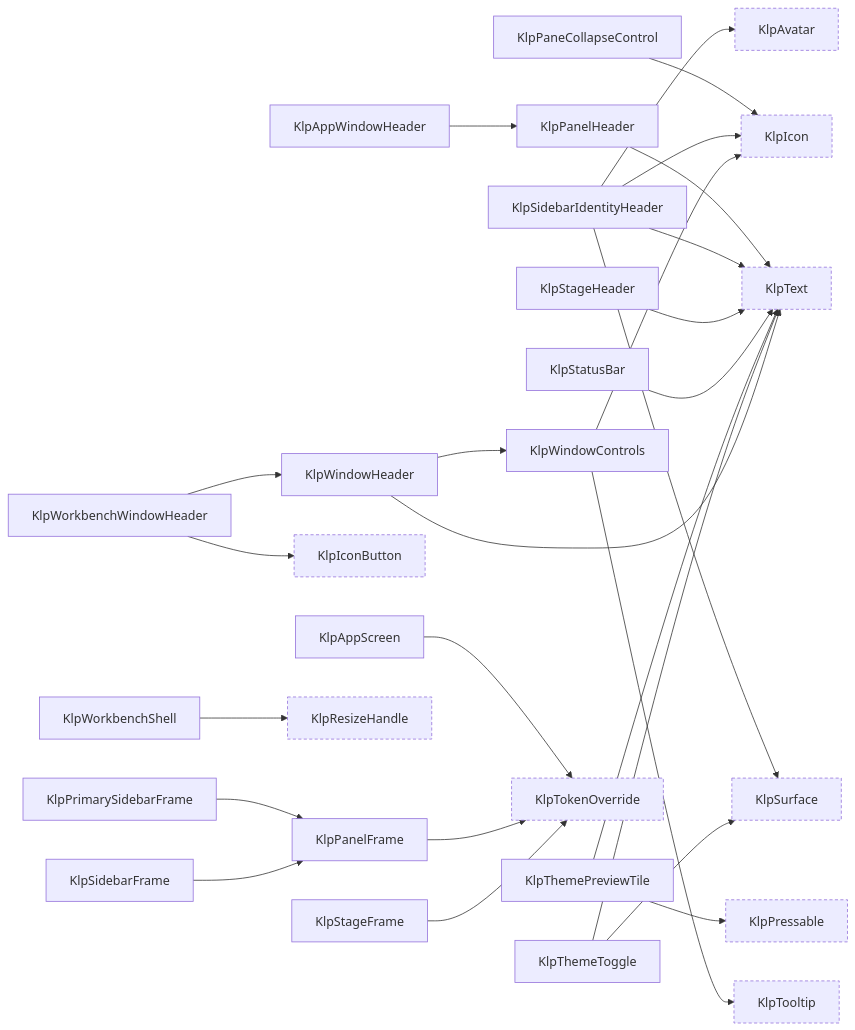
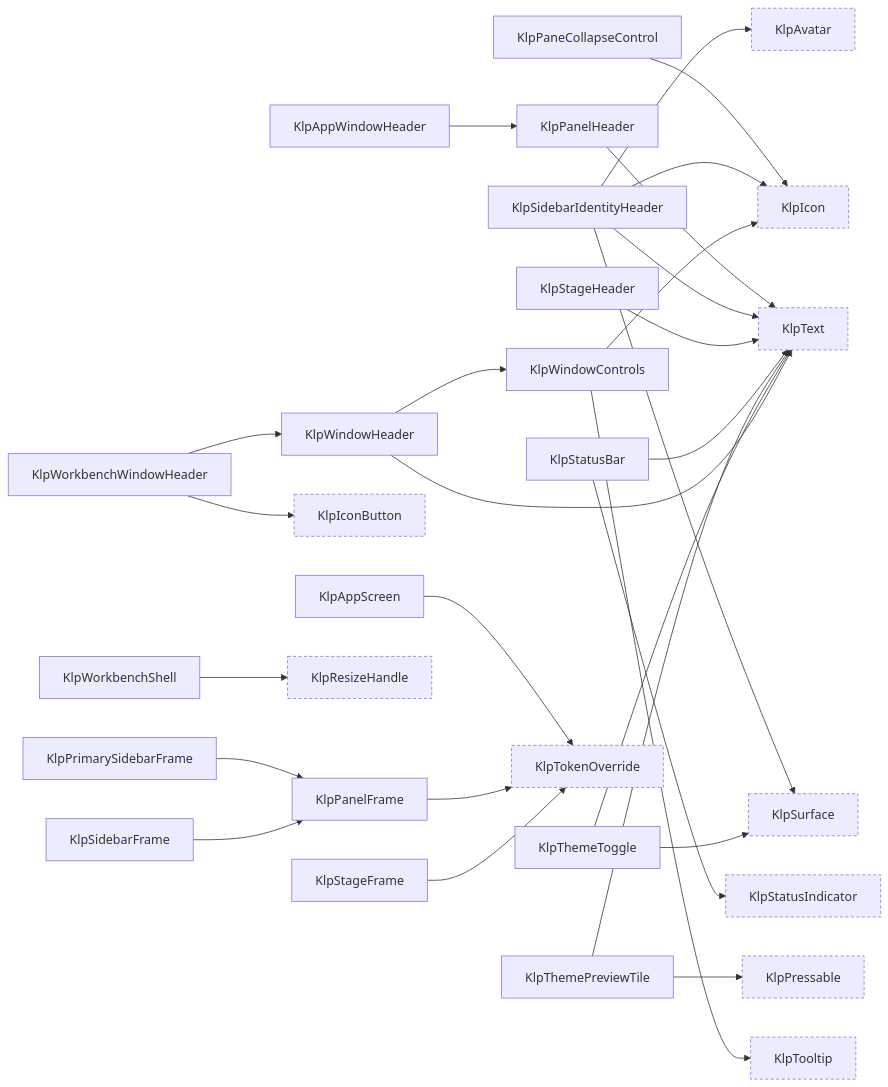
One commit to MiuDog/Kallopis changed diagram 15 of 17 in spec/component-inventory.md. Above: the diagram before and after it, drawn with Mermaid. The commit also changed other lines of this file and 9 other files, not shown here.

````diff
--- a/spec/component-inventory.md
+++ b/spec/component-inventory.md
@@ -1042,55 +1043,57 @@
 ```mermaid
 graph LR
   KlpAppScreen["KlpAppScreen"]
   KlpAppWindowHeader["KlpAppWindowHeader"]
   KlpAvatar["KlpAvatar"]:::external
   KlpIcon["KlpIcon"]:::external
   KlpIconButton["KlpIconButton"]:::external
   KlpPaneCollapseControl["KlpPaneCollapseControl"]
   KlpPanelFrame["KlpPanelFrame"]
   KlpPanelHeader["KlpPanelHeader"]
   KlpPressable["KlpPressable"]:::external
   KlpPrimarySidebarFrame["KlpPrimarySidebarFrame"]
   KlpResizeHandle["KlpResizeHandle"]:::external
   KlpSidebarFrame["KlpSidebarFrame"]
   KlpSidebarIdentityHeader["KlpSidebarIdentityHeader"]
   KlpStageFrame["KlpStageFrame"]
   KlpStageHeader["KlpStageHeader"]
   KlpStatusBar["KlpStatusBar"]
+  KlpStatusIndicator["KlpStatusIndicator"]:::external
   KlpSurface["KlpSurface"]:::external
   KlpText["KlpText"]:::external
   KlpThemePreviewTile["KlpThemePreviewTile"]
   KlpThemeToggle["KlpThemeToggle"]
   KlpTokenOverride["KlpTokenOverride"]:::external
   KlpTooltip["KlpTooltip"]:::external
   KlpWindowControls["KlpWindowControls"]
   KlpWindowHeader["KlpWindowHeader"]
   KlpWorkbenchShell["KlpWorkbenchShell"]
   KlpWorkbenchWindowHeader["KlpWorkbenchWindowHeader"]
   KlpAppScreen --> KlpTokenOverride
   KlpAppWindowHeader --> KlpPanelHeader
   KlpPaneCollapseControl --> KlpIcon
   KlpPanelFrame --> KlpTokenOverride
   KlpPanelHeader --> KlpText
   KlpPrimarySidebarFrame --> KlpPanelFrame
   KlpSidebarFrame --> KlpPanelFrame
   KlpSidebarIdentityHeader --> KlpAvatar
   KlpSidebarIdentityHeader --> KlpIcon
   KlpSidebarIdentityHeader --> KlpSurface
   KlpSidebarIdentityHeader --> KlpText
   KlpStageFrame --> KlpTokenOverride
   KlpStageHeader --> KlpText
+  KlpStatusBar --> KlpStatusIndicator
   KlpStatusBar --> KlpText
   KlpThemePreviewTile --> KlpPressable
   KlpThemePreviewTile --> KlpText
   KlpThemeToggle --> KlpSurface
   KlpThemeToggle --> KlpText
   KlpWindowControls --> KlpIcon
   KlpWindowControls --> KlpTooltip
   KlpWindowHeader --> KlpText
   KlpWindowHeader --> KlpWindowControls
   KlpWorkbenchShell --> KlpResizeHandle
   KlpWorkbenchWindowHeader --> KlpIconButton
   KlpWorkbenchWindowHeader --> KlpWindowHeader
   classDef external stroke-dasharray: 4 3;
 ```
````
